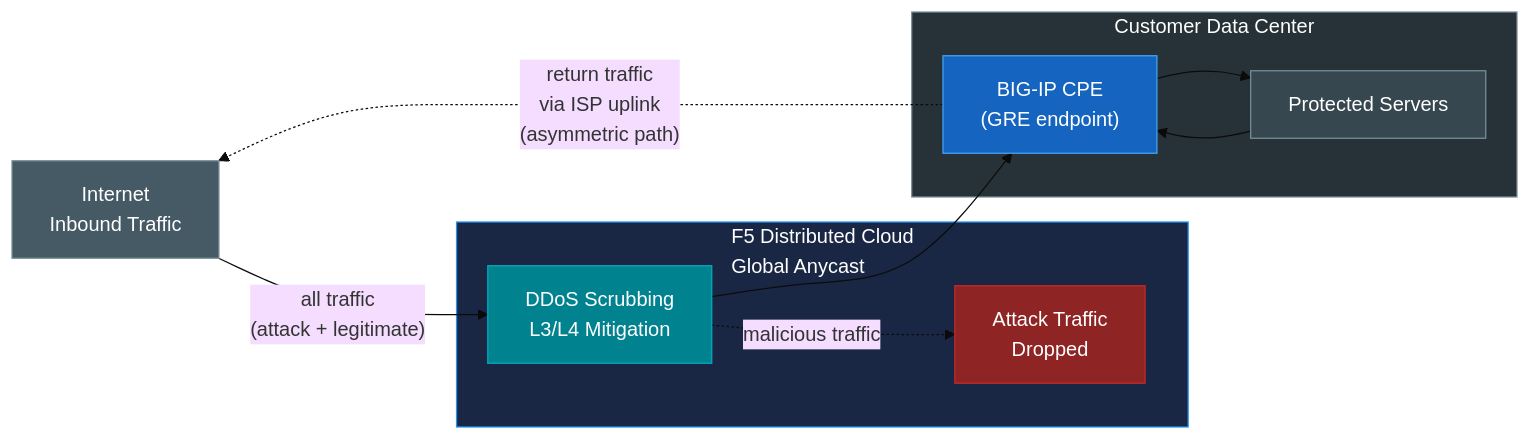
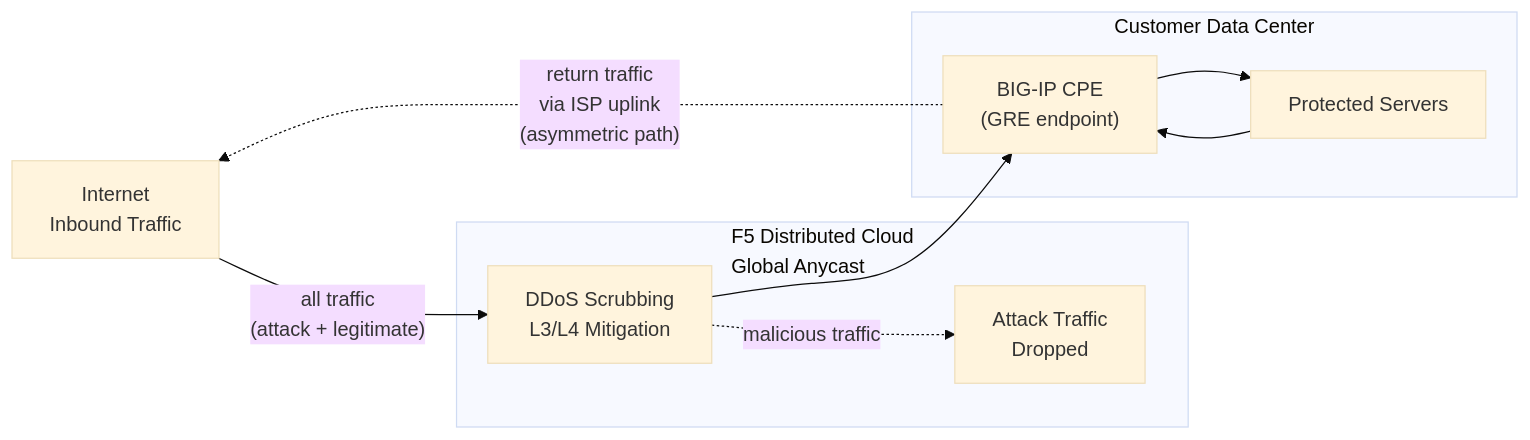
The first of 4 diagrams in docs/index.md (robinmordasiewicz/f5xc-bigip-ddos-gre), drawn with Mermaid (base theme) before and after one commit. The commit also changed other lines of this file and 1 other file, not shown here.

First line of the commit message:
refactor: move mermaid diagram styles to stylesheet

````diff
--- a/docs/index.md
+++ b/docs/index.md
@@ -17,29 +17,21 @@
 ```mermaid
 flowchart LR
     INET["Internet<br/>Inbound Traffic"]
 
     subgraph XC["F5 Distributed Cloud<br/>Global Anycast"]
         SCRUB["DDoS Scrubbing<br/>L3/L4 Mitigation"]
         DROP["Attack Traffic<br/>Dropped"]
     end
 
     subgraph DC["Customer Data Center"]
         BIGIP["BIG-IP CPE<br/>(GRE endpoint)"]
         SERVERS["Protected Servers"]
     end
 
     INET -->|"all traffic<br/>(attack + legitimate)"| SCRUB
     SCRUB --> BIGIP
     SCRUB -.->|"malicious traffic"| DROP
     BIGIP --> SERVERS
     SERVERS --> BIGIP
     BIGIP -.->|"return traffic<br/>via ISP uplink<br/>(asymmetric path)"| INET
-
-    style DROP fill:#8E2424,color:#fff,stroke:#C62828
-    style INET fill:#455A64,color:#fff,stroke:#78909C
-    style SCRUB fill:#00838F,color:#fff,stroke:#00ACC1
-    style BIGIP fill:#1565C0,color:#fff,stroke:#42A5F5
-    style SERVERS fill:#37474F,color:#fff,stroke:#78909C
-    style DC fill:#263238,stroke:#78909C,color:#fff
-    style XC fill:#1A2744,stroke:#2196F3,color:#fff
 ```
````
